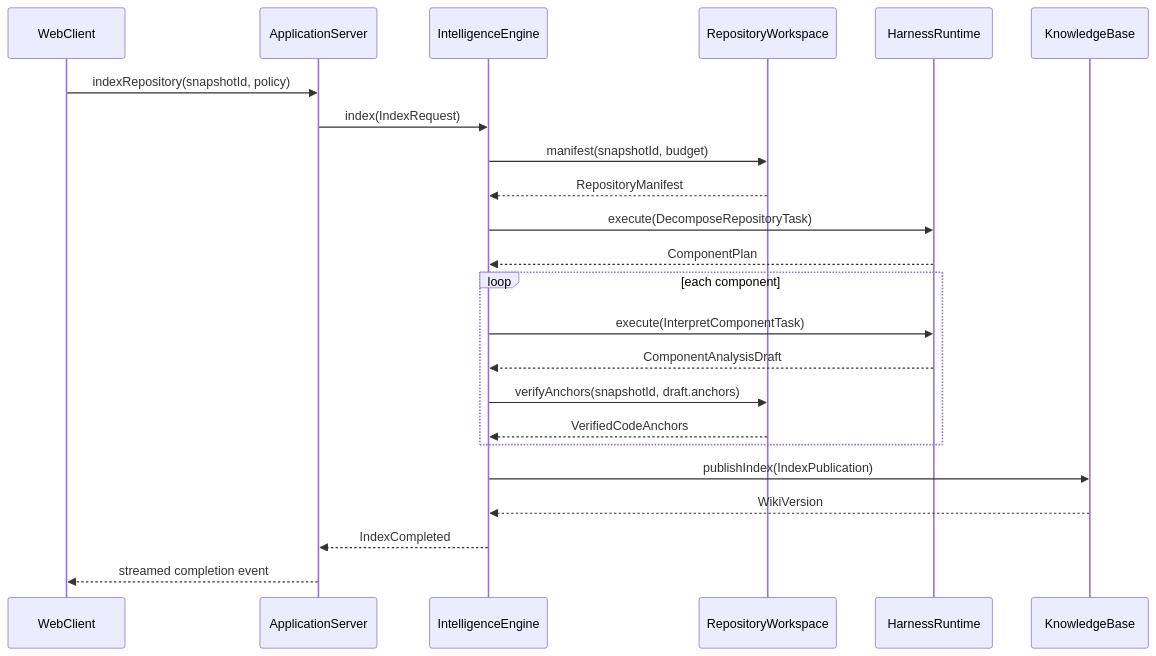
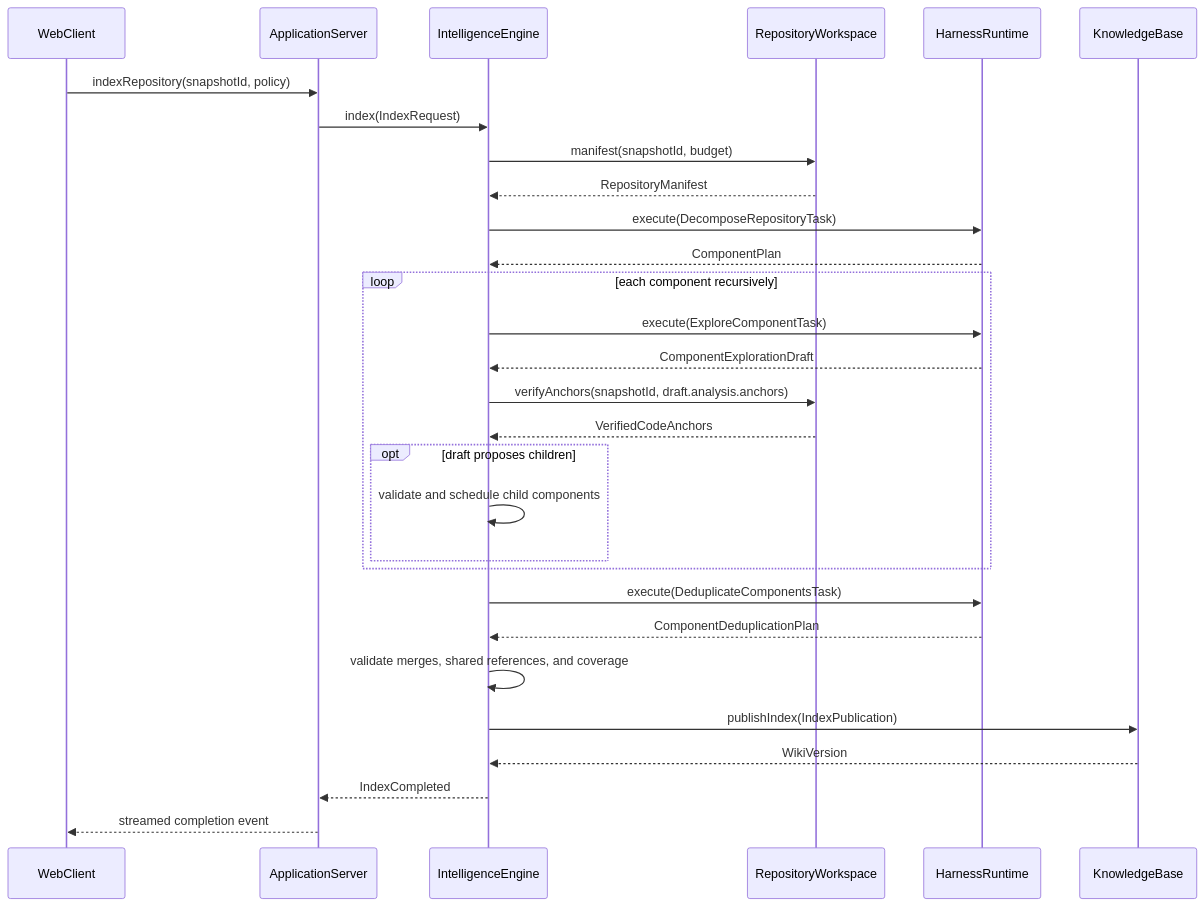
One commit to nicolasLuduena/know-the-map changed the first of 2 diagrams in docs/architecture/INTERACTION_TRACES.md. Above: the diagram before and after it, drawn with Mermaid. The commit also changed other lines of this file and 3 other files, not shown here.

Commit message:
docs: reconcile component evidence across recursive exploration

````diff
--- a/docs/architecture/INTERACTION_TRACES.md
+++ b/docs/architecture/INTERACTION_TRACES.md
@@ -70,26 +70,32 @@
 ```mermaid
 sequenceDiagram
     participant UI as WebClient
     participant API as ApplicationServer
     participant IE as IntelligenceEngine
     participant RW as RepositoryWorkspace
     participant HR as HarnessRuntime
     participant KB as KnowledgeBase
 
     UI->>API: indexRepository(snapshotId, policy)
     API->>IE: index(IndexRequest)
     IE->>RW: manifest(snapshotId, budget)
     RW-->>IE: RepositoryManifest
     IE->>HR: execute(DecomposeRepositoryTask)
     HR-->>IE: ComponentPlan
-    loop each component
-        IE->>HR: execute(InterpretComponentTask)
-        HR-->>IE: ComponentAnalysisDraft
-        IE->>RW: verifyAnchors(snapshotId, draft.anchors)
+    loop each component recursively
+        IE->>HR: execute(ExploreComponentTask)
+        HR-->>IE: ComponentExplorationDraft
+        IE->>RW: verifyAnchors(snapshotId, draft.analysis.anchors)
         RW-->>IE: VerifiedCodeAnchors
+        opt draft proposes children
+            IE->>IE: validate and schedule child components
+        end
     end
+    IE->>HR: execute(DeduplicateComponentsTask)
+    HR-->>IE: ComponentDeduplicationPlan
+    IE->>IE: validate merges, shared references, and coverage
     IE->>KB: publishIndex(IndexPublication)
     KB-->>IE: WikiVersion
     IE-->>API: IndexCompleted
     API-->>UI: streamed completion event
 ```
````
